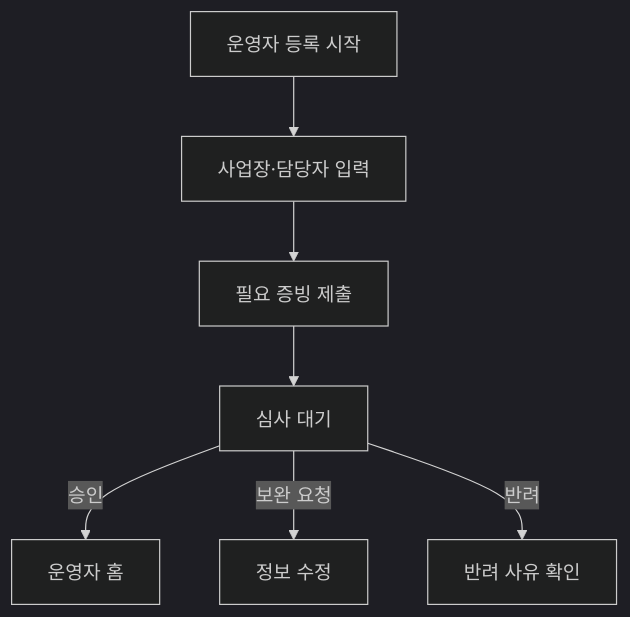
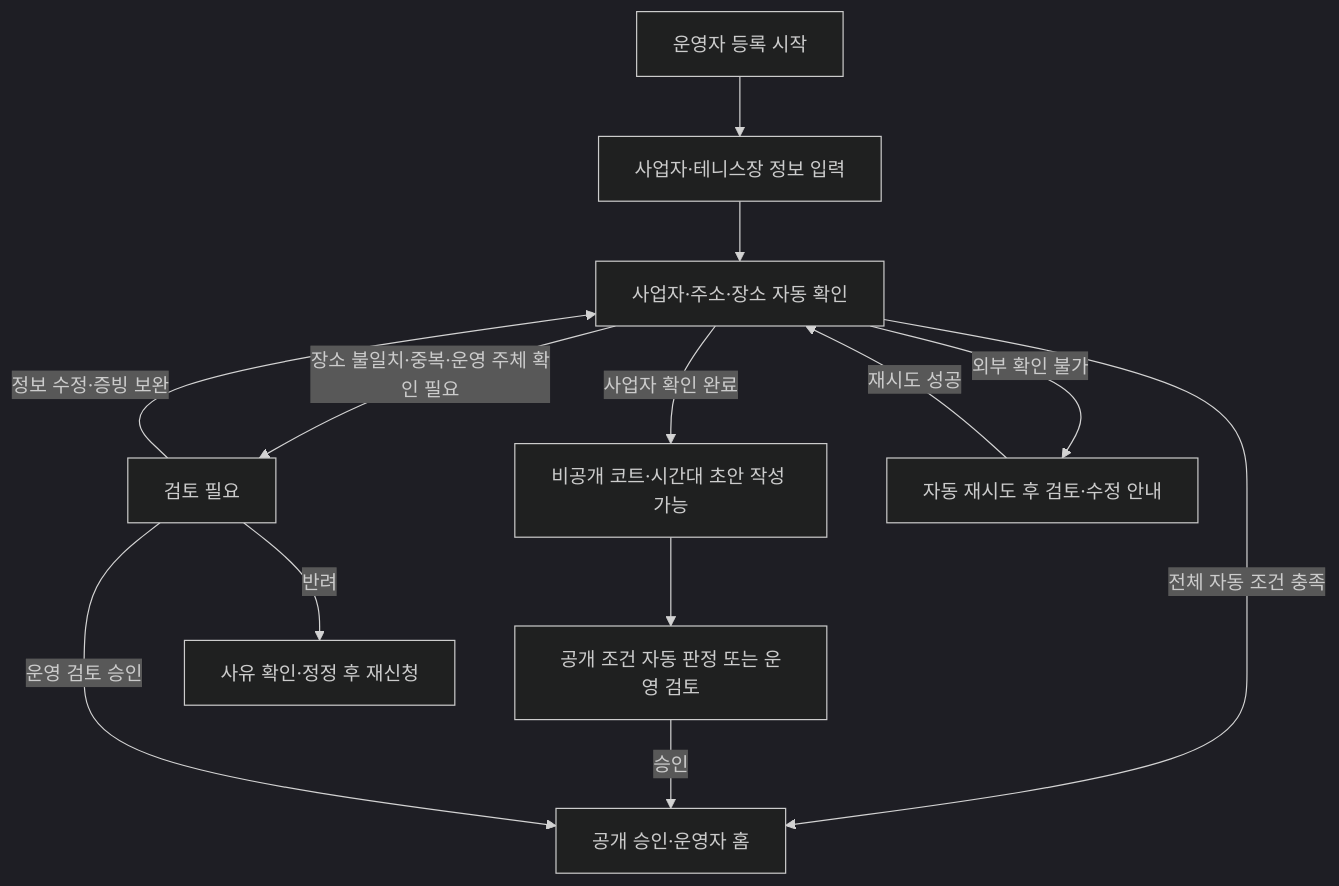
Before and after one commit to jsl0319/tennis-mate: the first of 3 diagrams in docs/03-1-court-partner-screen-spec.md, drawn with Mermaid (dark theme). The commit also changed other lines of this file and 5 other files, not shown here.

````diff
--- a/docs/03-1-court-partner-screen-spec.md
+++ b/docs/03-1-court-partner-screen-spec.md
@@ -143,9 +143,15 @@
 ```mermaid
 flowchart TD
-    A["운영자 등록 시작"] --> B["사업장·담당자 입력"]
-    B --> C["필요 증빙 제출"]
-    C --> D["심사 대기"]
-    D -->|승인| E["운영자 홈"]
-    D -->|보완 요청| F["정보 수정"]
-    D -->|반려| G["반려 사유 확인"]
+    A["운영자 등록 시작"] --> B["사업자·테니스장 정보 입력"]
+    B --> C["사업자·주소·장소 자동 확인"]
+    C -->|사업자 확인 완료| D["비공개 코트·시간대 초안 작성 가능"]
+    C -->|전체 자동 조건 충족| F["공개 승인·운영자 홈"]
+    C -->|장소 불일치·중복·운영 주체 확인 필요| E["검토 필요"]
+    C -->|외부 확인 불가| H["자동 재시도 후 검토·수정 안내"]
+    D --> I["공개 조건 자동 판정 또는 운영 검토"]
+    I -->|승인| F
+    E -->|정보 수정·증빙 보완| C
+    E -->|운영 검토 승인| F
+    E -->|반려| G["사유 확인·정정 후 재신청"]
+    H -->|재시도 성공| C
 ```
````
